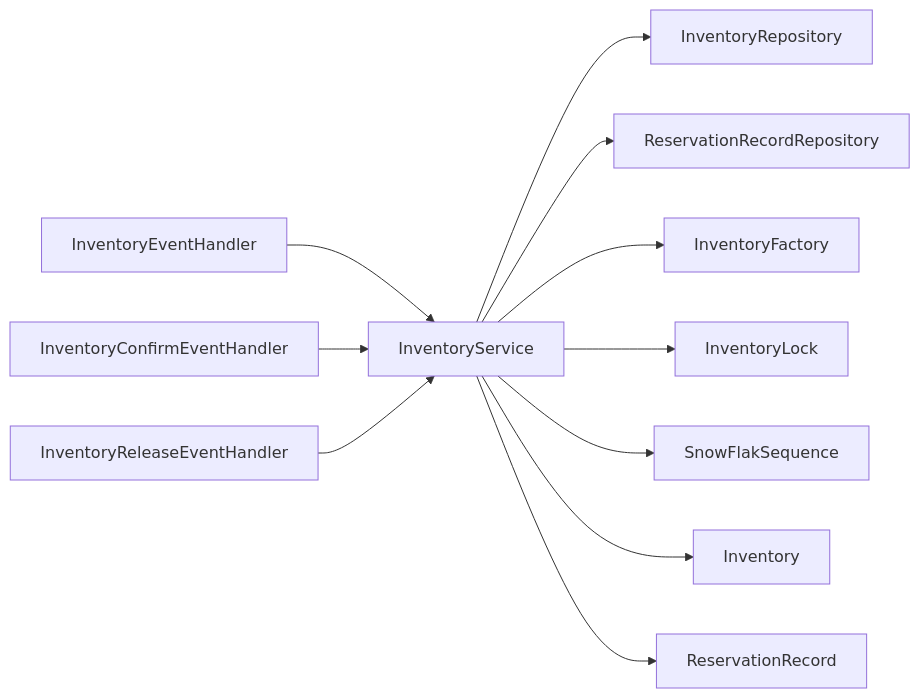
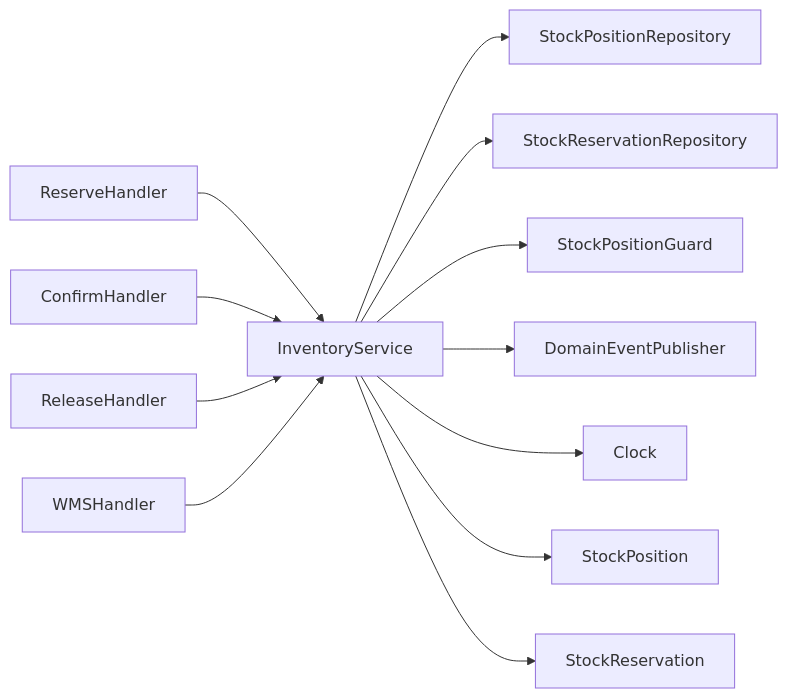
Before and after one commit to ddd-mall/j-store: the seventh of 7 diagrams in .qoder/repowiki/en/content/Goods Catalog Module/Inventory Management System/Inventory Management System.md, drawn with Mermaid. The commit also changed other lines of this file and 334 other files, not shown here.

````diff
--- a/.qoder/repowiki/en/content/Goods Catalog Module/Inventory Management System/Inventory Management System.md
+++ b/.qoder/repowiki/en/content/Goods Catalog Module/Inventory Management System/Inventory Management System.md
@@ -306,13 +284,14 @@
 ```mermaid
 graph LR
-SVC["InventoryService"] --> INV_REPO["InventoryRepository"]
-SVC --> RR_REPO["ReservationRecordRepository"]
-SVC --> FACT["InventoryFactory"]
-SVC --> LOCK["InventoryLock"]
-SVC --> SEQ["SnowFlakSequence"]
-SVC --> INV["Inventory"]
-SVC --> RR["ReservationRecord"]
-EH1["InventoryEventHandler"] --> SVC
-EH2["InventoryConfirmEventHandler"] --> SVC
-EH3["InventoryReleaseEventHandler"] --> SVC
+SVC["InventoryService"] --> POS_REPO["StockPositionRepository"]
+SVC --> RES_REPO["StockReservationRepository"]
+SVC --> GUARD["StockPositionGuard"]
+SVC --> PUBLISHER["DomainEventPublisher"]
+SVC --> CLOCK["Clock"]
+SVC --> POS["StockPosition"]
+SVC --> RES["StockReservation"]
+HANDLER1["ReserveHandler"] --> SVC
+HANDLER2["ConfirmHandler"] --> SVC
+HANDLER3["ReleaseHandler"] --> SVC
+HANDLER4["WMSHandler"] --> SVC
 ```
````
